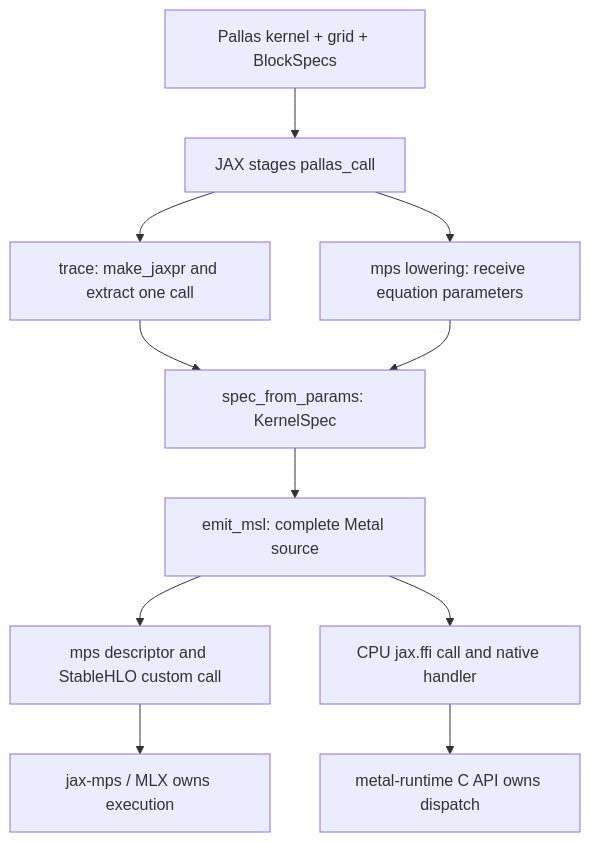
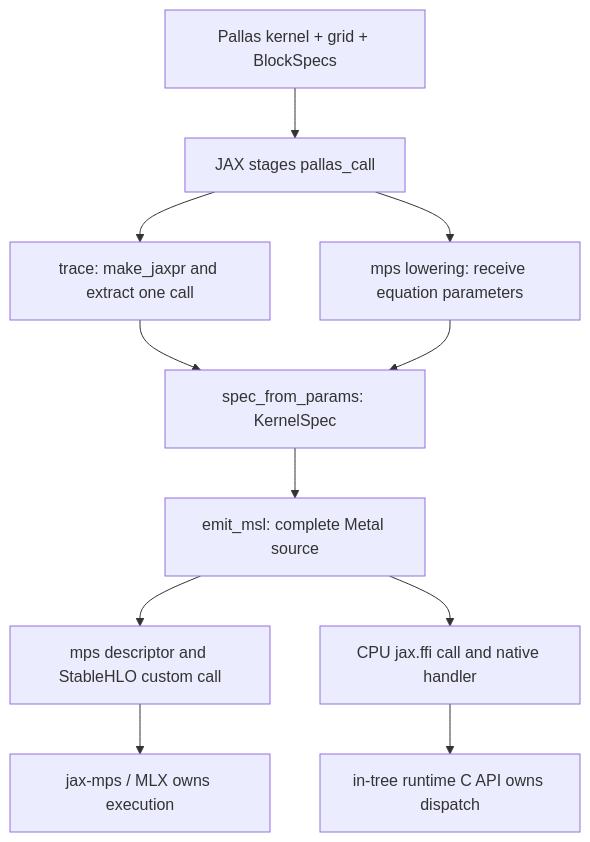
The diagram in docs/architecture.md (nicholasjng/palladium), drawn with Mermaid before and after one commit. The commit also changed other lines of this file and 21 other files, not shown here.

First line of the commit message:
Dispatch benchmarks and baselines in-tree and drop metal-runtime

````diff
--- a/docs/architecture.md
+++ b/docs/architecture.md
@@ -43,13 +43,13 @@
 ```mermaid
 flowchart TD
     A["Pallas kernel + grid + BlockSpecs"] --> B["JAX stages pallas_call"]
     B --> C["trace: make_jaxpr and extract one call"]
     B --> D["mps lowering: receive equation parameters"]
     C --> E["spec_from_params: KernelSpec"]
     D --> E
     E --> F["emit_msl: complete Metal source"]
     F --> G["mps descriptor and StableHLO custom call"]
     F --> H["CPU jax.ffi call and native handler"]
     G --> I["jax-mps / MLX owns execution"]
-    H --> J["metal-runtime C API owns dispatch"]
+    H --> J["in-tree runtime C API owns dispatch"]
 ```
````
